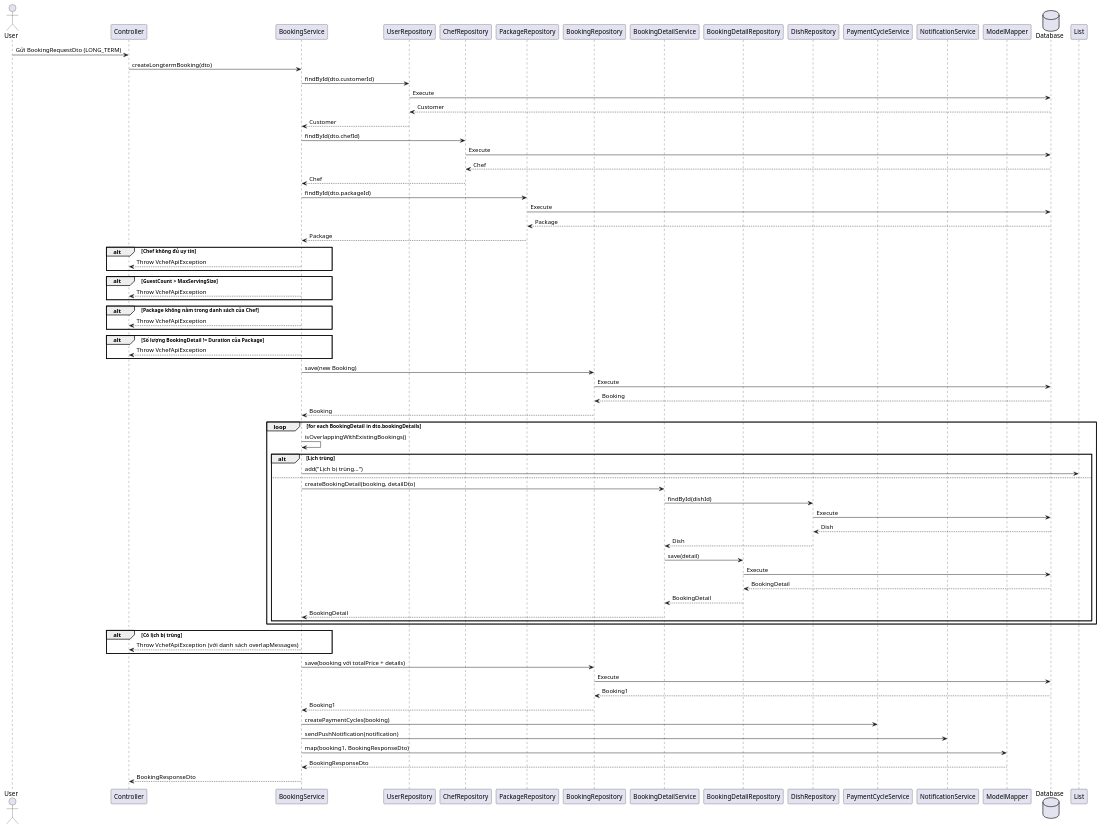
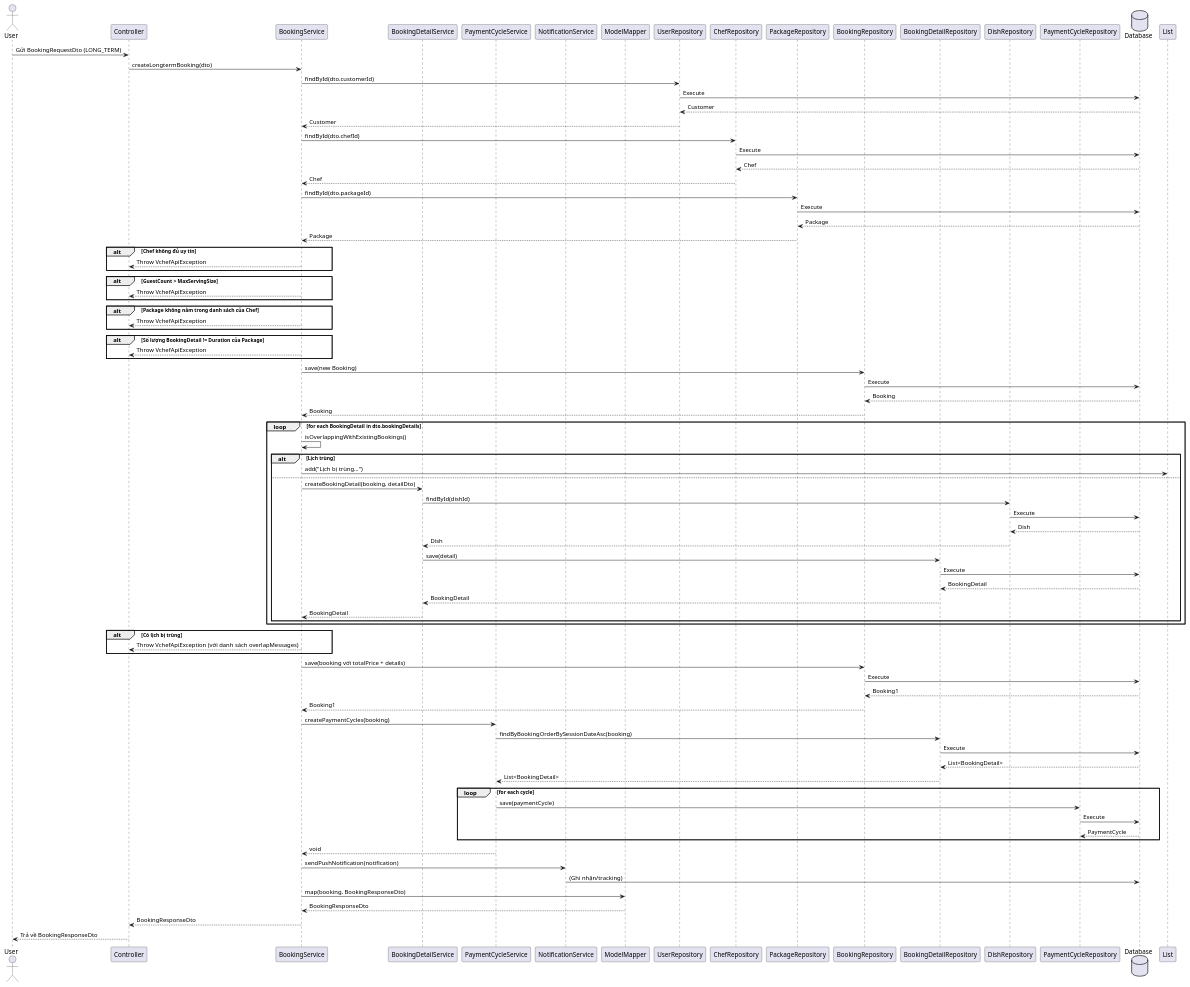
One commit to phongkhongxai/vietchef changed the diagram in diagram.puml. Above: the diagram before and after it, drawn with PlantUML.

Commit message:
commit to pull

```diff
--- a/diagram.puml
+++ b/diagram.puml
@@ -1,93 +1,111 @@
 @startuml
 actor User
 participant Controller
 participant BookingService
+participant BookingDetailService
+participant PaymentCycleService
+participant NotificationService
+participant ModelMapper
+
 participant UserRepository
 participant ChefRepository
 participant PackageRepository
 participant BookingRepository
-participant BookingDetailService
 participant BookingDetailRepository
 participant DishRepository
-participant PaymentCycleService
-participant NotificationService
-participant ModelMapper
+participant PaymentCycleRepository
+
 database Database
 
 User -> Controller : Gửi BookingRequestDto (LONG_TERM)
 Controller -> BookingService : createLongtermBooking(dto)
 
 BookingService -> UserRepository : findById(dto.customerId)
 UserRepository -> Database : Execute
 Database --> UserRepository : Customer
 UserRepository --> BookingService : Customer
 
 BookingService -> ChefRepository : findById(dto.chefId)
 ChefRepository -> Database : Execute
 Database --> ChefRepository : Chef
 ChefRepository --> BookingService : Chef
 
 BookingService -> PackageRepository : findById(dto.packageId)
 PackageRepository -> Database : Execute
 Database --> PackageRepository : Package
 PackageRepository --> BookingService : Package
 
 alt Chef không đủ uy tín
     BookingService --> Controller : Throw VchefApiException
 end
 
 alt GuestCount > MaxServingSize
     BookingService --> Controller : Throw VchefApiException
 end
 
 alt Package không nằm trong danh sách của Chef
     BookingService --> Controller : Throw VchefApiException
 end
 
 alt Số lượng BookingDetail != Duration của Package
     BookingService --> Controller : Throw VchefApiException
 end
 
 BookingService -> BookingRepository : save(new Booking)
 BookingRepository -> Database : Execute
 Database --> BookingRepository : Booking
 BookingRepository --> BookingService : Booking
 
 loop for each BookingDetail in dto.bookingDetails
     BookingService -> BookingService : isOverlappingWithExistingBookings()
     alt Lịch trùng
         BookingService -> List : add("Lịch bị trùng...")
     else
         BookingService -> BookingDetailService : createBookingDetail(booking, detailDto)
 
         BookingDetailService -> DishRepository : findById(dishId)
         DishRepository -> Database : Execute
         Database --> DishRepository : Dish
         DishRepository --> BookingDetailService : Dish
 
         BookingDetailService -> BookingDetailRepository : save(detail)
         BookingDetailRepository -> Database : Execute
         Database --> BookingDetailRepository : BookingDetail
         BookingDetailRepository --> BookingDetailService : BookingDetail
         BookingDetailService --> BookingService : BookingDetail
     end
 end
 
 alt Có lịch bị trùng
     BookingService --> Controller : Throw VchefApiException (với danh sách overlapMessages)
 end
 
 BookingService -> BookingRepository : save(booking với totalPrice + details)
 BookingRepository -> Database : Execute
 Database --> BookingRepository : Booking1
 BookingRepository --> BookingService : Booking1
 
 BookingService -> PaymentCycleService : createPaymentCycles(booking)
 
+PaymentCycleService -> BookingDetailRepository : findByBookingOrderBySessionDateAsc(booking)
+BookingDetailRepository -> Database : Execute
+Database --> BookingDetailRepository : List<BookingDetail>
+BookingDetailRepository --> PaymentCycleService : List<BookingDetail>
+
+loop for each cycle
+    PaymentCycleService -> PaymentCycleRepository : save(paymentCycle)
+    PaymentCycleRepository -> Database : Execute
+    Database --> PaymentCycleRepository : PaymentCycle
+end
+
+PaymentCycleService --> BookingService : void
+
 BookingService -> NotificationService : sendPushNotification(notification)
+NotificationService -> Database : (Ghi nhận/tracking)
 
-BookingService -> ModelMapper : map(booking1, BookingResponseDto)
+BookingService -> ModelMapper : map(booking, BookingResponseDto)
 ModelMapper --> BookingService : BookingResponseDto
 
 BookingService --> Controller : BookingResponseDto
+Controller --> User : Trả về BookingResponseDto
 @enduml
```
